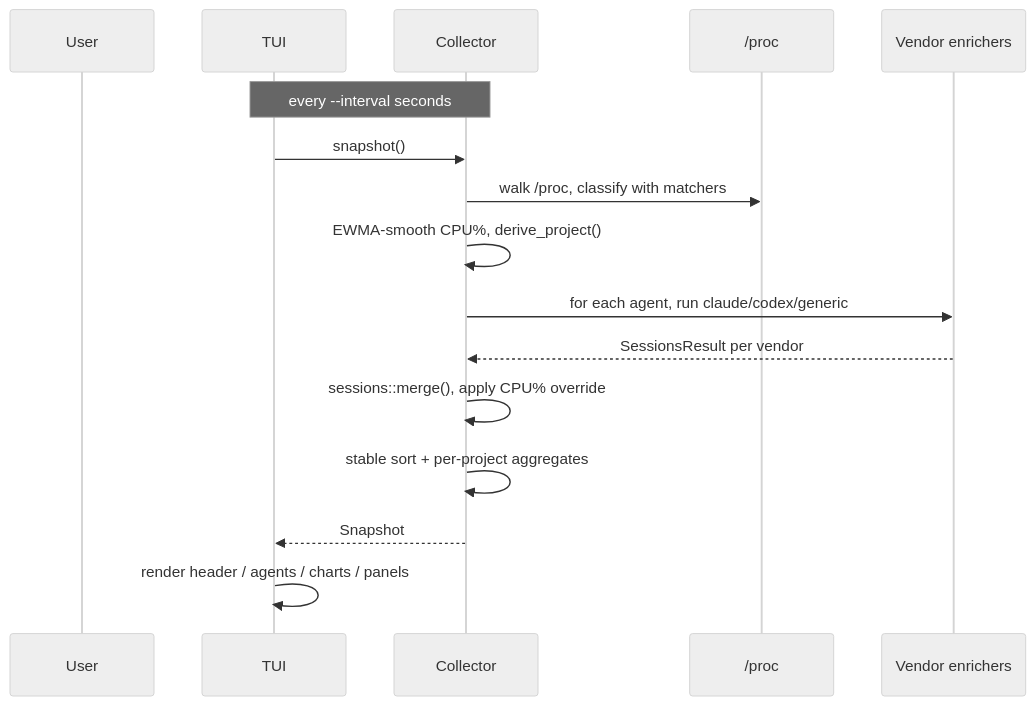
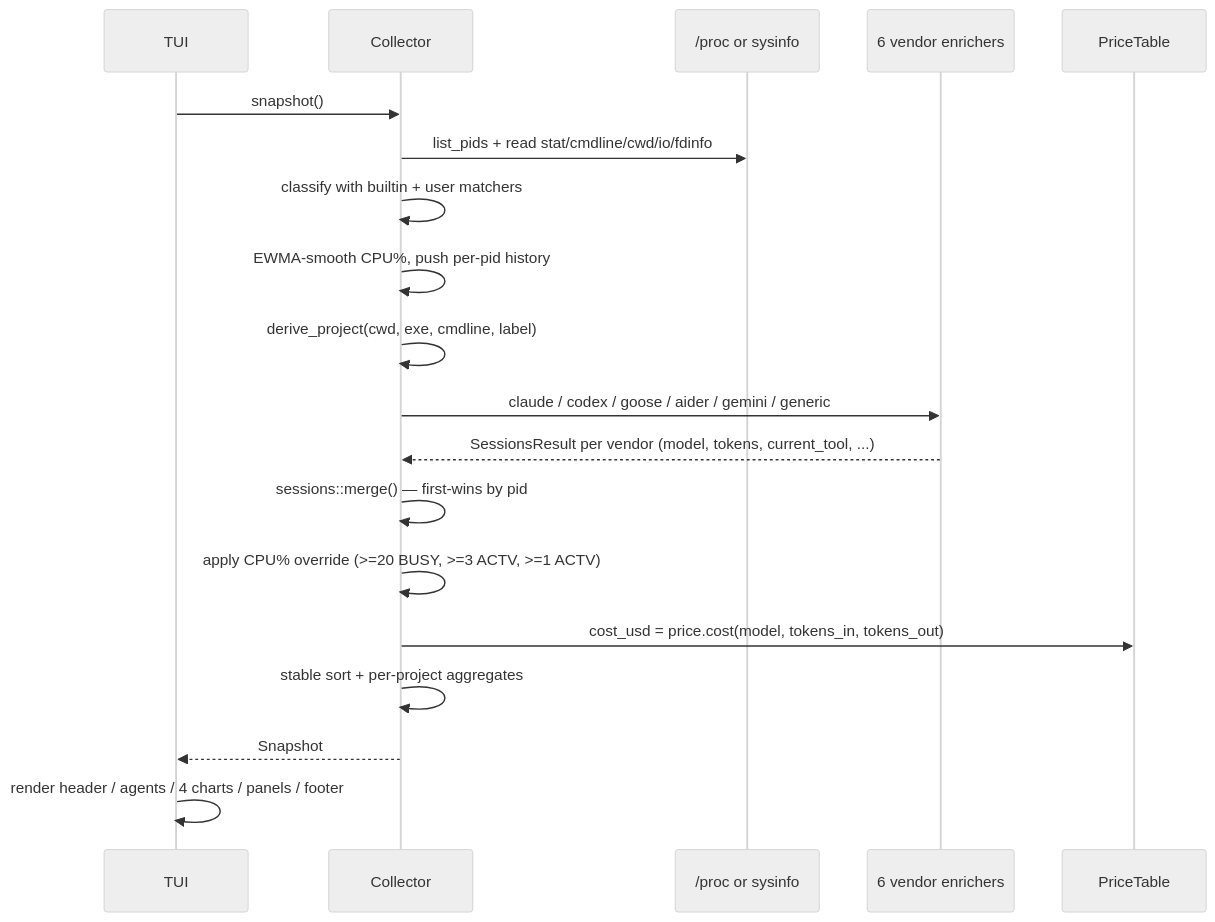
The second of 2 diagrams in README.md (MBrassey/agtop), drawn with Mermaid (neutral theme) before and after one commit. The commit also changed other lines of this file, not shown here.

````diff
--- a/README.md
+++ b/README.md
@@ -276,18 +282,21 @@
 ```mermaid
 sequenceDiagram
-    participant U as User
     participant Tui as TUI
     participant C as Collector
-    participant P as /proc
-    participant V as Vendor enrichers
-    Note over Tui,C: every --interval seconds
+    participant P as /proc or sysinfo
+    participant V as 6 vendor enrichers
+    participant Pr as PriceTable
     Tui->>C: snapshot()
-    C->>P: walk /proc, classify with matchers
-    C->>C: EWMA-smooth CPU%, derive_project()
-    C->>V: for each agent, run claude/codex/generic
-    V-->>C: SessionsResult per vendor
-    C->>C: sessions::merge(), apply CPU% override
+    C->>P: list_pids + read stat/cmdline/cwd/io/fdinfo
+    C->>C: classify with builtin + user matchers
+    C->>C: EWMA-smooth CPU%, push per-pid history
+    C->>C: derive_project(cwd, exe, cmdline, label)
+    C->>V: claude / codex / goose / aider / gemini / generic
+    V-->>C: SessionsResult per vendor (model, tokens, current_tool, ...)
+    C->>C: sessions::merge() — first-wins by pid
+    C->>C: apply CPU% override (>=20 BUSY, >=3 ACTV, >=1 ACTV)
+    C->>Pr: cost_usd = price.cost(model, tokens_in, tokens_out)
     C->>C: stable sort + per-project aggregates
     C-->>Tui: Snapshot
-    Tui->>Tui: render header / agents / charts / panels
+    Tui->>Tui: render header / agents / 4 charts / panels / footer
 ```
````
